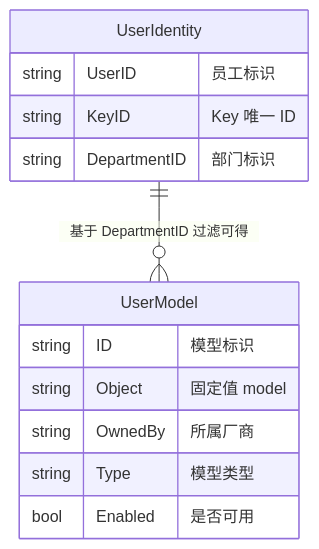
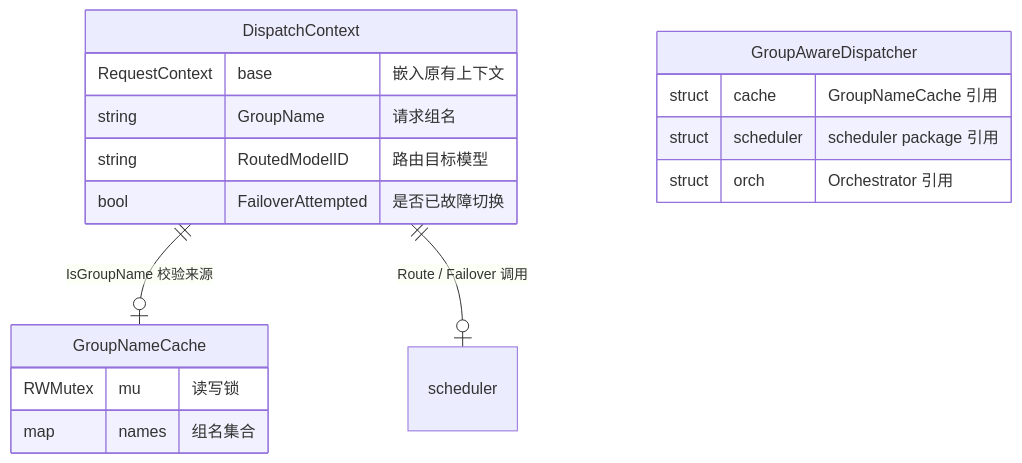
One commit to achieve-jsy/llm-gateway changed the fourth of 5 diagrams in xspec/changes/gateway-api/data-model.delta.md. Above: the diagram before and after it, drawn with Mermaid. The commit also changed other lines of this file and 174 other files, not shown here.

````diff
--- a/xspec/changes/gateway-api/data-model.delta.md
+++ b/xspec/changes/gateway-api/data-model.delta.md
@@ -113,18 +248,23 @@
 ```mermaid
 erDiagram
-    UserIdentity ||--o{ UserModel : "基于 DepartmentID 过滤可得"
+    DispatchContext ||--o| GroupNameCache : "IsGroupName 校验来源"
+    DispatchContext ||--o| scheduler : "Route / Failover 调用"
 
-    UserIdentity {
-        string UserID "员工标识"
-        string KeyID "Key 唯一 ID"
-        string DepartmentID "部门标识"
+    GroupAwareDispatcher {
+        struct cache "GroupNameCache 引用"
+        struct scheduler "scheduler package 引用"
+        struct orch "Orchestrator 引用"
     }
 
-    UserModel {
-        string ID "模型标识"
-        string Object "固定值 model"
-        string OwnedBy "所属厂商"
-        string Type "模型类型"
-        bool Enabled "是否可用"
+    GroupNameCache {
+        RWMutex mu "读写锁"
+        map names "组名集合"
+    }
+
+    DispatchContext {
+        RequestContext base "嵌入原有上下文"
+        string GroupName "请求组名"
+        string RoutedModelID "路由目标模型"
+        bool FailoverAttempted "是否已故障切换"
     }
 ```
````
